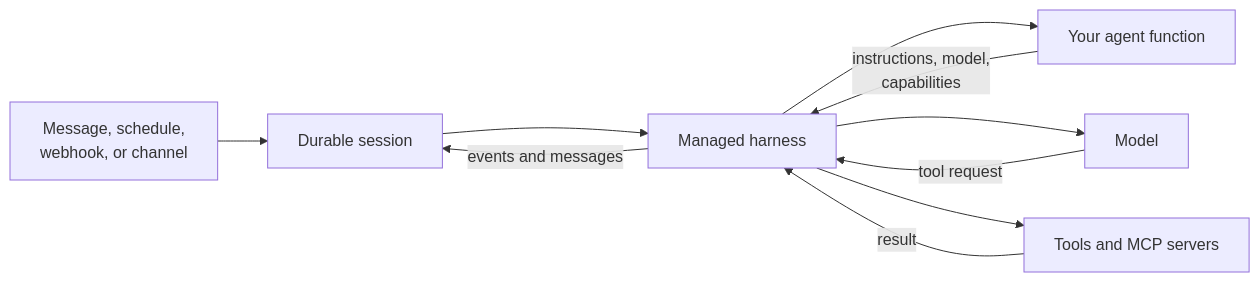
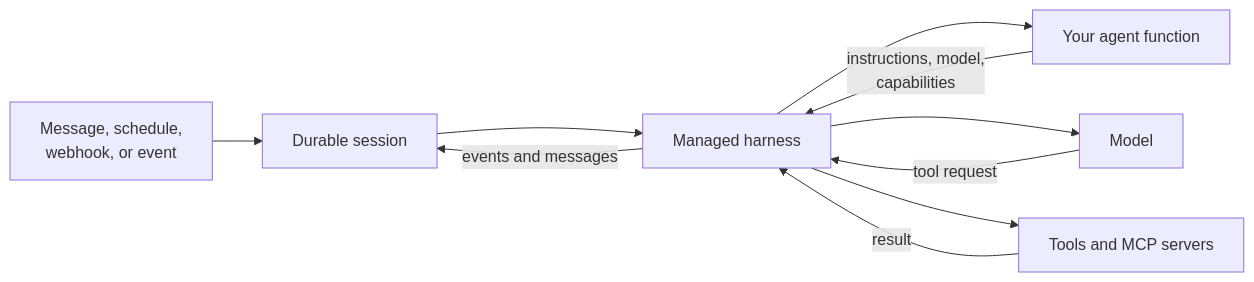
One commit to IdeavoAI/opencomputer changed the first of 3 diagrams in docs/agents/mental-model.mdx. Above: the diagram before and after it, drawn with Mermaid. The commit also changed other lines of this file and 28 other files, not shown here.

````diff
--- a/docs/agents/mental-model.mdx
+++ b/docs/agents/mental-model.mdx
@@ -11,19 +11,19 @@
 ```mermaid
 flowchart LR
-    Trigger[Message, schedule,<br/>webhook, or channel]
+    Trigger[Message, schedule,<br/>webhook, or event]
     Session[Durable session]
     Harness[Managed harness]
     Function[Your agent function]
     Model[Model]
     Tools[Tools and MCP servers]
 
     Trigger --> Session
     Session --> Harness
     Harness --> Function
     Function -->|instructions, model,<br/>capabilities| Harness
     Harness --> Model
     Model -->|tool request| Harness
     Harness --> Tools
     Tools -->|result| Harness
     Harness -->|events and messages| Session
 ```
````
